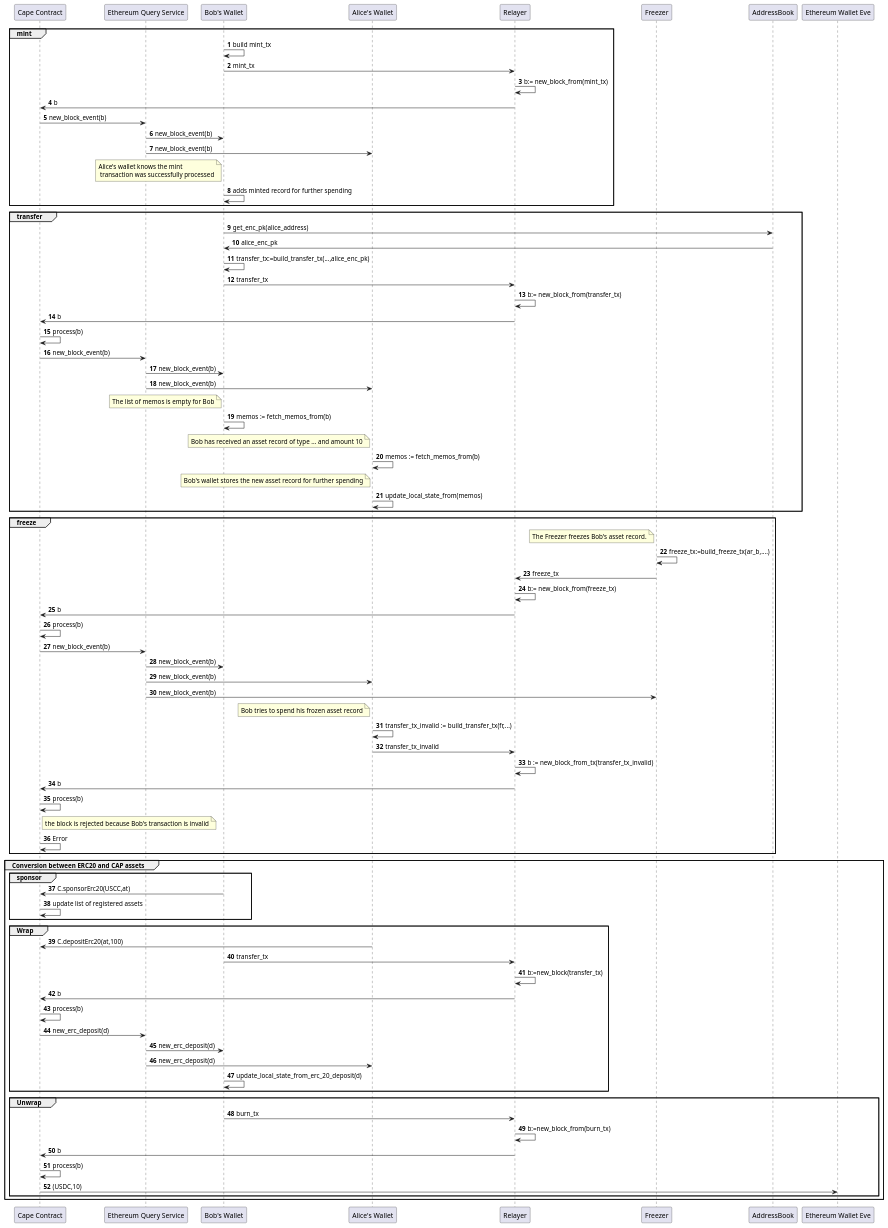
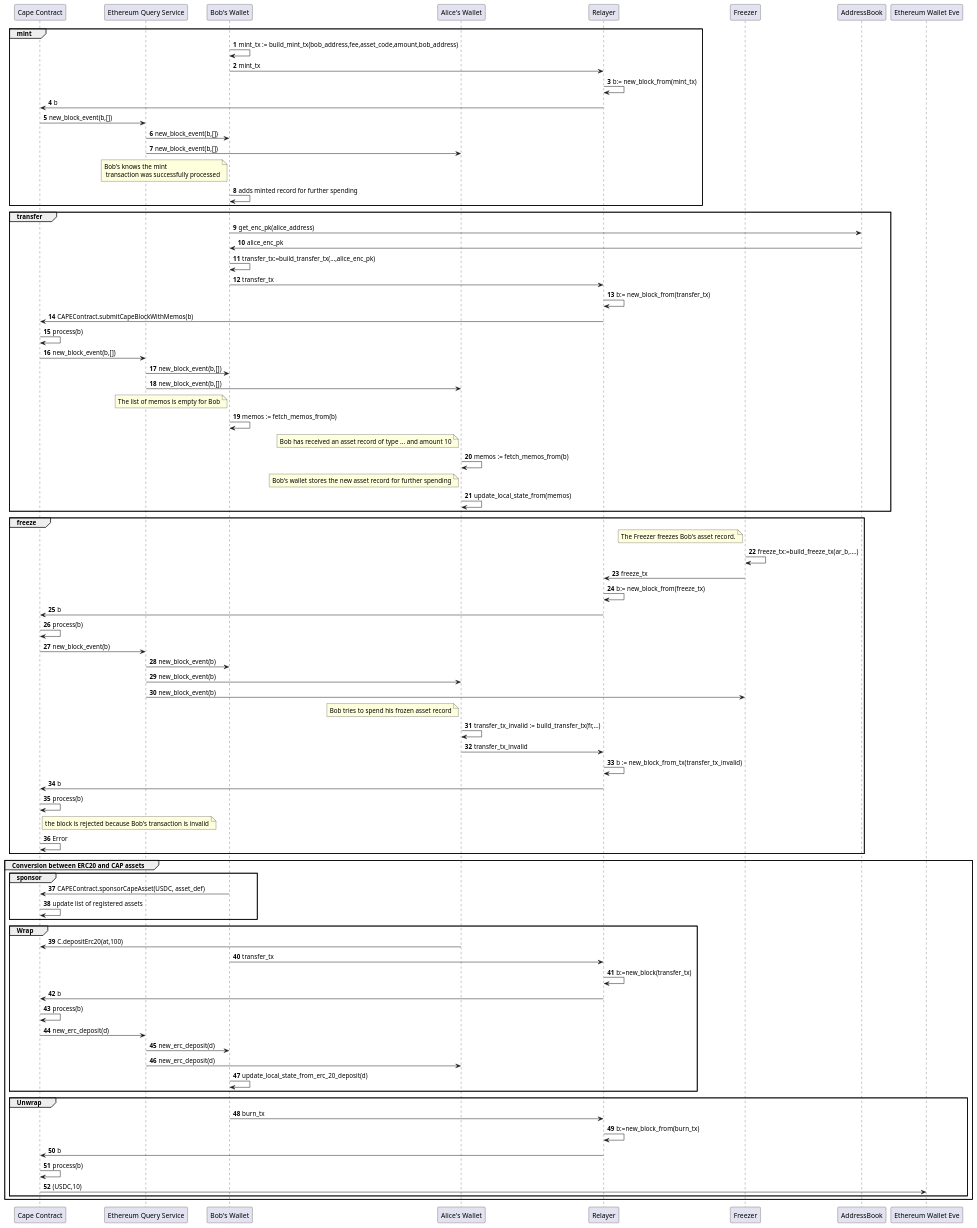
One commit to EspressoSystems/cape changed the diagram in doc/internal/global_architecture_seq_diagram.puml. Above: the diagram before and after it, drawn with PlantUML.

Commit message:
Small changes.

```diff
--- a/doc/internal/global_architecture_seq_diagram.puml
+++ b/doc/internal/global_architecture_seq_diagram.puml
@@ -1,106 +1,105 @@
 @startuml
 autonumber
 participant "Cape Contract" as C
 participant "Ethereum Query Service" as EQS
 participant "Bob's Wallet" as W_A
 participant "Alice's Wallet" as W_B
 participant "Relayer" as R
 participant "Freezer" as F
 participant "AddressBook" as AB
 participant "Ethereum Wallet Eve" as ETH_WX
 
 group mint
-    W_A -> W_A: build mint_tx
+    W_A -> W_A: mint_tx := build_mint_tx(bob_address,fee,asset_code,amount,bob_address)
     W_A -> R: mint_tx
     R -> R: b:= new_block_from(mint_tx)
     R -> C: b
-    C -> EQS: new_block_event(b)
-    EQS -> W_A: new_block_event(b)
-    EQS -> W_B: new_block_event(b)
-    note left W_A: Alice's wallet knows the mint \n transaction was successfully processed
+    C -> EQS: new_block_event(b,[])
+    EQS -> W_A: new_block_event(b,[])
+    EQS -> W_B: new_block_event(b,[])
+    note left W_A: Bob's knows the mint \n transaction was successfully processed
     W_A -> W_A: adds minted record for further spending
 end group
 
 
 group transfer
 
     W_A -> AB: get_enc_pk(alice_address)
     AB -> W_A: alice_enc_pk
     W_A -> W_A: transfer_tx:=build_transfer_tx(...,alice_enc_pk)
     W_A -> R: transfer_tx
     R -> R: b:= new_block_from(transfer_tx)
-    R -> C: b
+    R -> C: CAPEContract.submitCapeBlockWithMemos(b)
     C -> C: process(b)
-    C -> EQS: new_block_event(b)
-    EQS -> W_A: new_block_event(b)
-    EQS -> W_B: new_block_event(b)
+    C -> EQS: new_block_event(b,[])
+    EQS -> W_A: new_block_event(b,[])
+    EQS -> W_B: new_block_event(b,[])
     note left W_A: The list of memos is empty for Bob
     W_A -> W_A: memos := fetch_memos_from(b)
 
     note left W_B: Bob has received an asset record of type ... and amount 10
     W_B -> W_B: memos := fetch_memos_from(b)
 
     note left W_B: Bob's wallet stores the new asset record for further spending
     W_B -> W_B: update_local_state_from(memos)
 
 end group
 
 group freeze
 
    note left F: The Freezer freezes Bob's asset record.
    F -> F: freeze_tx:=build_freeze_tx(ar_b,....)
    F -> R: freeze_tx
    R -> R: b:= new_block_from(freeze_tx)
    R -> C: b
    C -> C: process(b)
    C -> EQS: new_block_event(b)
    EQS -> W_A: new_block_event(b)
    EQS -> W_B: new_block_event(b)
    EQS -> F: new_block_event(b)
    note left W_B: Bob tries to spend his frozen asset record
    W_B -> W_B: transfer_tx_invalid := build_transfer_tx(fr,...)
    W_B -> R: transfer_tx_invalid
    R -> R: b := new_block_from_tx(transfer_tx_invalid)
    R -> C: b
    C -> C: process(b)
    note right C: the block is rejected because Bob's transaction is invalid
    C -> C: Error
 
 end group
 
 group Conversion between ERC20 and CAP assets
 
     group sponsor
-
-        W_A -> C: C.sponsorErc20(USCC,at)
+        W_A -> C: CAPEContract.sponsorCapeAsset(USDC, asset_def)
         C -> C: update list of registered assets
 
     end group
 
     group Wrap
 
         W_B -> C: C.depositErc20(at,100)
         W_A -> R: transfer_tx
         R -> R: b:=new_block(transfer_tx)
         R -> C: b
         C -> C: process(b)
         C -> EQS: new_erc_deposit(d)
         EQS -> W_A: new_erc_deposit(d)
         EQS -> W_B: new_erc_deposit(d)
         W_A -> W_A: update_local_state_from_erc_20_deposit(d)
 
     end group
 
     group Unwrap
 
         W_A -> R: burn_tx
         R -> R: b:=new_block_from(burn_tx)
         R -> C: b
         C -> C: process(b)
         C -> ETH_WX: (USDC,10)
 
     end group
 
 end group
 
 @enduml
```
